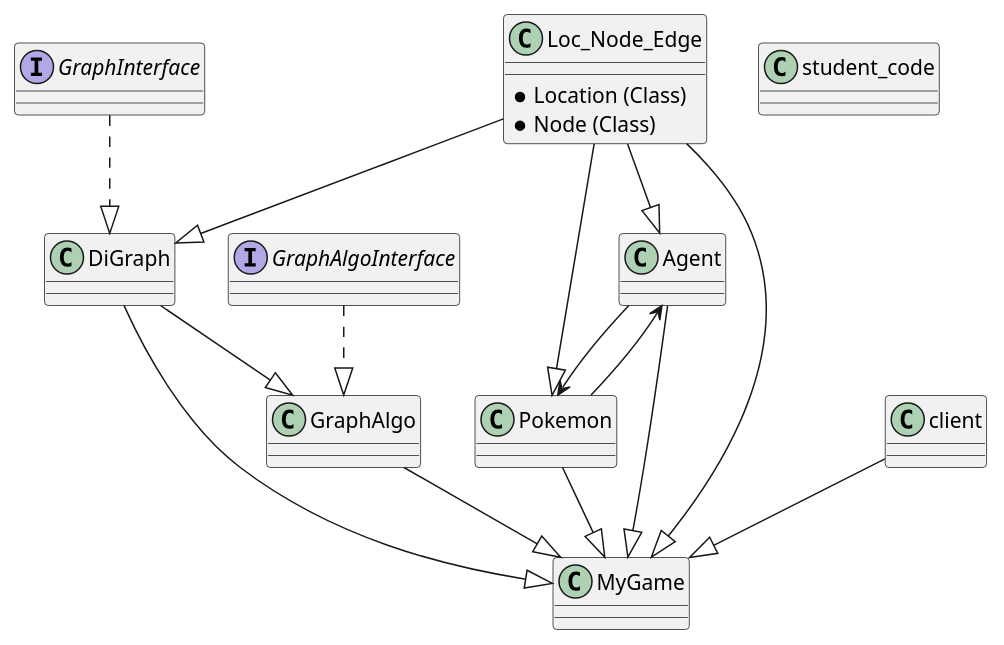
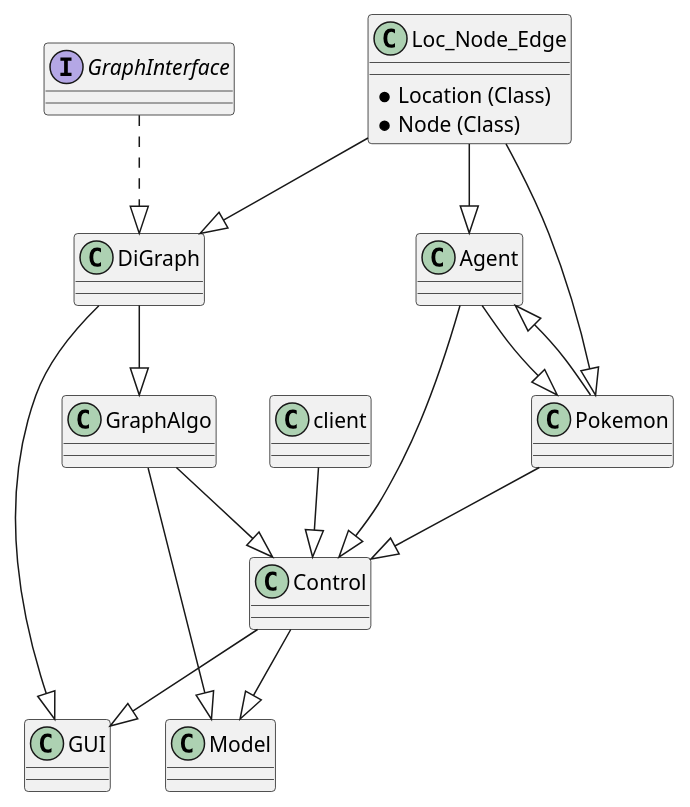
The diagram in diagram.puml (haimgoldfisher/OOP_Ex4), drawn with PlantUML before and after one commit. The commit also changed 10 other files, not shown here.

```diff
--- a/diagram.puml
+++ b/diagram.puml
@@ -1,74 +1,75 @@
 @startuml
 'https://plantuml.com/sequence-diagram
 
 class Loc_Node_Edge
 {
     * Location (Class)
     * Node (Class)
 }
 
 interface GraphInterface
 {
 
 }
 
 class DiGraph
 {
 
 }
 
-interface GraphAlgoInterface
-{
-
-}
-
 class GraphAlgo
 {
 
 }
 
 class Agent
 {
 
 }
 
 class Pokemon
 {
 
 }
 
-class MyGame
+class Model
+{
+
+}
+
+class Control
+{
+
+}
+
+class GUI
 {
 
 }
 
 class client
 {
 
 }
 
-class student_code
-{
-
-}
-
 Loc_Node_Edge --|> DiGraph
-GraphAlgoInterface ..|> GraphAlgo
 GraphInterface ..|> DiGraph
 DiGraph --|> GraphAlgo
+
+DiGraph --|> GUI
 
 Loc_Node_Edge --|> Pokemon
 Loc_Node_Edge --|> Agent
 
-Pokemon --> Agent
-Agent --> Pokemon
+Pokemon --|> Agent
+Agent --|> Pokemon
 
-Loc_Node_Edge --|> MyGame
-DiGraph --|> MyGame
-GraphAlgo --|> MyGame
-Pokemon --|> MyGame
-client --|> MyGame
-Agent --|> MyGame
+GraphAlgo --|> Model
+GraphAlgo --|> Control
 
-
+Pokemon --|> Control
+Agent --|> Control
+Control --|> GUI
+Control --|> Model
+client --|> Control
 @enduml
```
